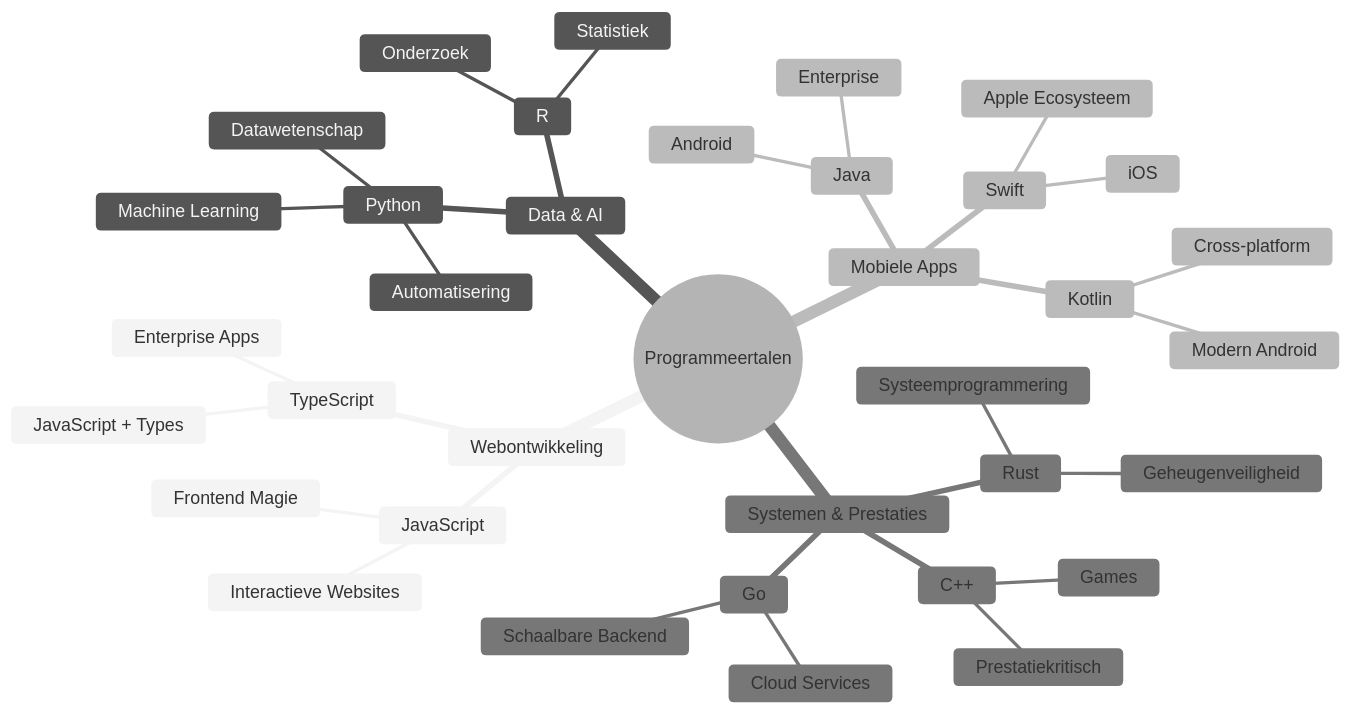
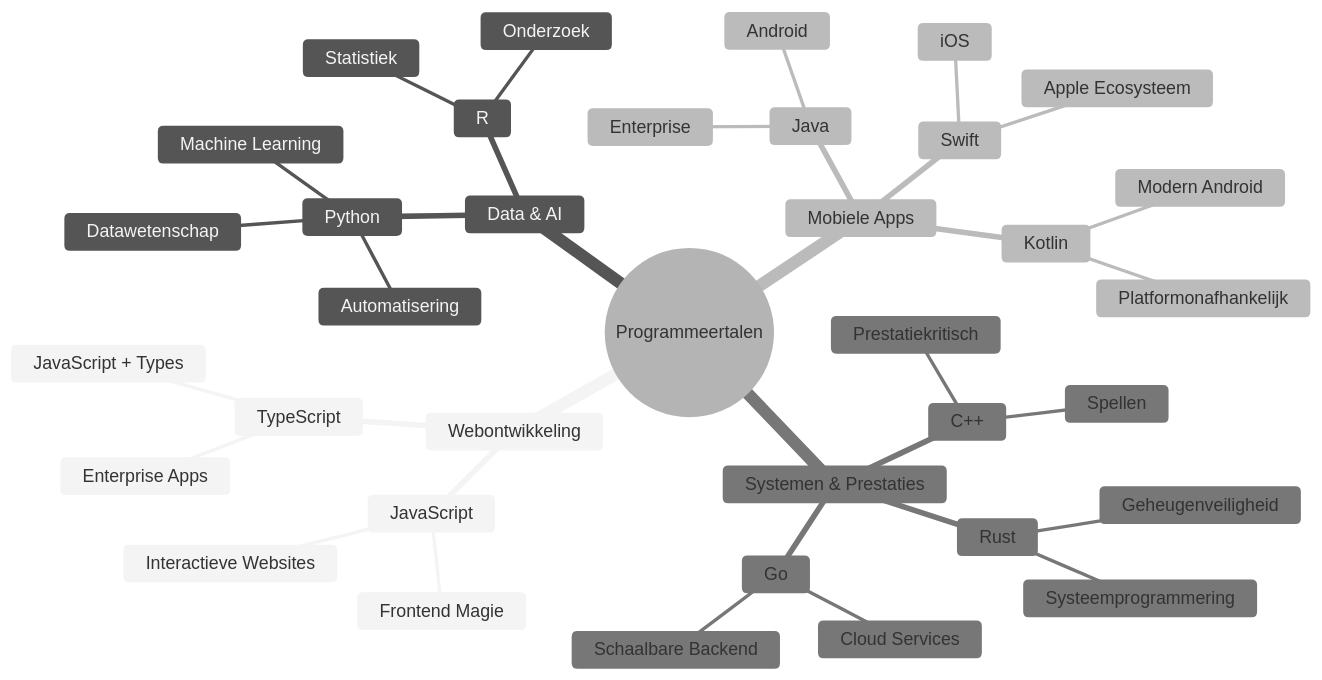
Before and after one commit to microsoft/Web-Dev-For-Beginners: the second of 7 diagrams in translations/nl/1-getting-started-lessons/1-intro-to-programming-languages/README.md, drawn with Mermaid (neutral theme). The commit also changed other lines of this file and 8 other files, not shown here.

````diff
--- a/translations/nl/1-getting-started-lessons/1-intro-to-programming-languages/README.md
+++ b/translations/nl/1-getting-started-lessons/1-intro-to-programming-languages/README.md
@@ -85,39 +85,39 @@
 ```mermaid
 mindmap
   root((Programmeertalen))
     Webontwikkeling
       JavaScript
         Frontend Magie
         Interactieve Websites
       TypeScript
         JavaScript + Types
         Enterprise Apps
     Data & AI
       Python
         Datawetenschap
         Machine Learning
         Automatisering
       R
         Statistiek
         Onderzoek
     Mobiele Apps
       Java
         Android
         Enterprise
       Swift
         iOS
         Apple Ecosysteem
       Kotlin
         Modern Android
-        Cross-platform
+        Platformonafhankelijk
     Systemen & Prestaties
       C++
-        Games
+        Spellen
         Prestatiekritisch
       Rust
         Geheugenveiligheid
         Systeemprogrammering
       Go
         Cloud Services
         Schaalbare Backend
 ```
````
